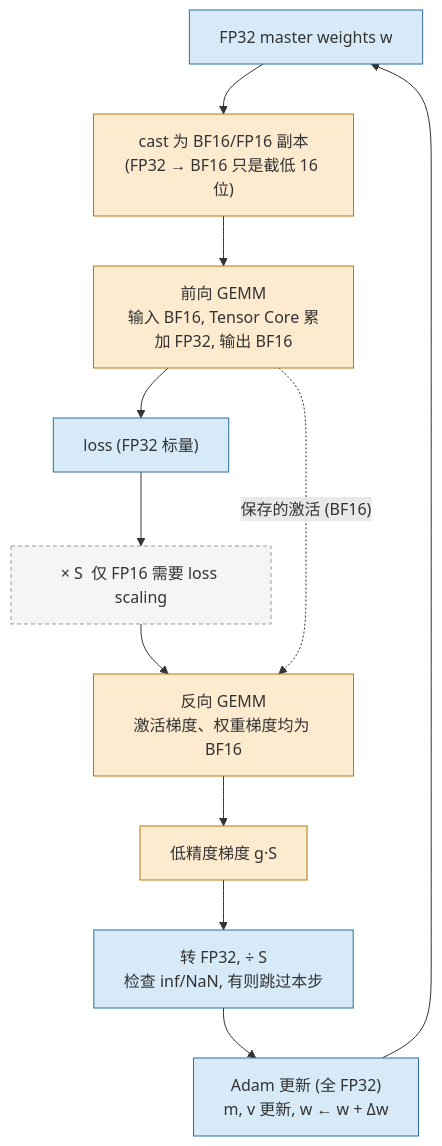
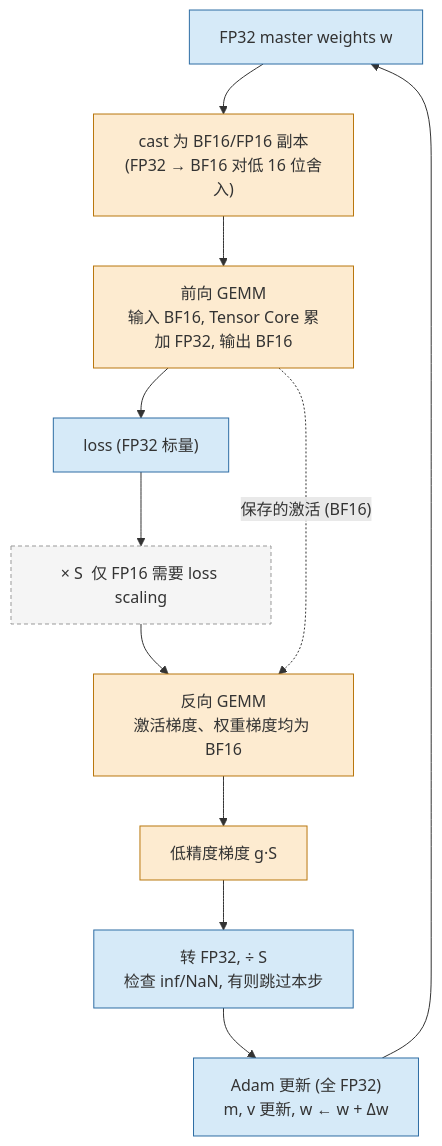
One commit to arganzheng/arganzheng.github.com changed the first of 3 diagrams in _posts/2026-04-07-floating-point-formats-and-mixed-precision.md. Above: the diagram before and after it, drawn with Mermaid. The commit also changed other lines of this file and 9 other files, not shown here.

````diff
--- a/_posts/2026-04-07-floating-point-formats-and-mixed-precision.md
+++ b/_posts/2026-04-07-floating-point-formats-and-mixed-precision.md
@@ -265,20 +265,20 @@
 ```mermaid
 flowchart TB
     master["FP32 master weights w"]
-    cast["cast 为 BF16/FP16 副本<br/>(FP32 → BF16 只是截低 16 位)"]
+    cast["cast 为 BF16/FP16 副本<br/>(FP32 → BF16 对低 16 位舍入)"]
     fwd["前向 GEMM<br/>输入 BF16, Tensor Core 累加 FP32, 输出 BF16"]
     loss["loss (FP32 标量)"]
     scale["× S  仅 FP16 需要 loss scaling"]
     bwd["反向 GEMM<br/>激活梯度、权重梯度均为 BF16"]
     grad["低精度梯度 g·S"]
     unscale["转 FP32, ÷ S<br/>检查 inf/NaN, 有则跳过本步"]
     opt["Adam 更新 (全 FP32)<br/>m, v 更新, w ← w + Δw"]
     master --> cast --> fwd --> loss --> scale --> bwd --> grad --> unscale --> opt --> master
     fwd -.->|"保存的激活 (BF16)"| bwd
     classDef fp32 fill:#d6eaf8,stroke:#2e6da4;
     classDef low fill:#fdebd0,stroke:#b9770e;
     classDef fp16only fill:#f5f5f5,stroke:#999,stroke-dasharray:4 3;
     class master,loss,unscale,opt fp32;
     class cast,fwd,bwd,grad low;
     class scale fp16only;
 ```
````
